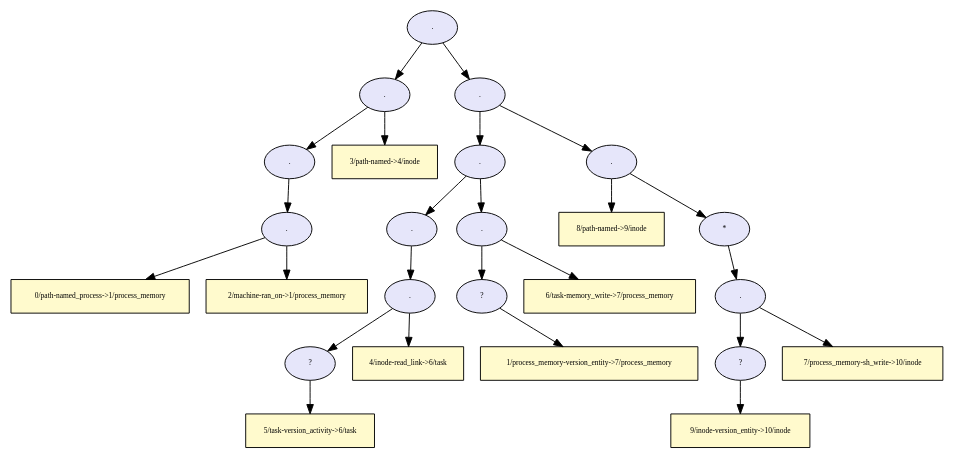
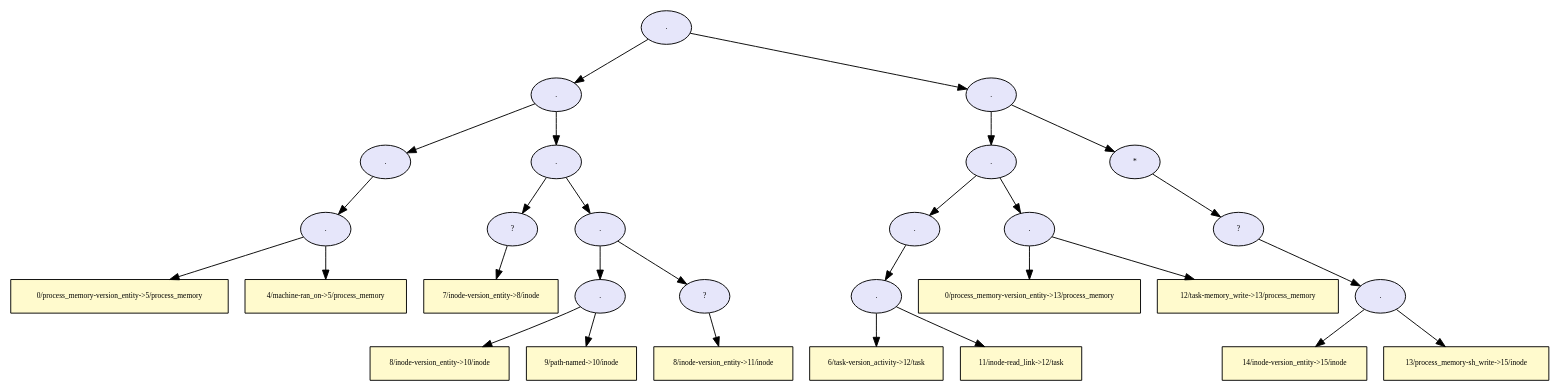
Before and after one commit to TinkerBellSystem/graph-matching: the diagram in dot/provenance_inode_readlink_tree.dot, drawn with Graphviz. The commit also changed 70 other files, not shown here.

```diff
--- a/dot/provenance_inode_readlink_tree.dot
+++ b/dot/provenance_inode_readlink_tree.dot
@@ -1,99 +1,115 @@
-digraph RGL__DirectedAdjacencyGraph {24[fontsize = 8,label = ".",shape = ellipse, fillcolor="#e6e6fa", style = filled]
+digraph RGL__DirectedAdjacencyGraph {31[fontsize = 8,label = ".",shape = ellipse, fillcolor="#e6e6fa", style = filled]
 
-24 -> 5[fontsize = 8, color="#000000"]
+31 -> 16[fontsize = 8, color="#000000"]
+
+16[fontsize = 8,label = ".",shape = ellipse, fillcolor="#e6e6fa", style = filled]
+
+16 -> 6[fontsize = 8, color="#000000"]
+
+6[fontsize = 8,label = ".",shape = ellipse, fillcolor="#e6e6fa", style = filled]
+
+6 -> 5[fontsize = 8, color="#000000"]
 
 5[fontsize = 8,label = ".",shape = ellipse, fillcolor="#e6e6fa", style = filled]
 
 5 -> 3[fontsize = 8, color="#000000"]
 
-3[fontsize = 8,label = ".",shape = ellipse, fillcolor="#e6e6fa", style = filled]
-
-3 -> 2[fontsize = 8, color="#000000"]
-
-2[fontsize = 8,label = ".",shape = ellipse, fillcolor="#e6e6fa", style = filled]
-
-2 -> 0[fontsize = 8, color="#000000"]
-
-0[fontsize = 8,label = "0/path-named_process->1/process_memory",shape = rectangle, fillcolor="#fffacd", style = filled]
-
-2 -> 1[fontsize = 8, color="#000000"]
-
-1[fontsize = 8,label = "2/machine-ran_on->1/process_memory",shape = rectangle, fillcolor="#fffacd", style = filled]
+3[fontsize = 8,label = "0/process_memory-version_entity->5/process_memory",shape = rectangle, fillcolor="#fffacd", style = filled]
 
 5 -> 4[fontsize = 8, color="#000000"]
 
-4[fontsize = 8,label = "3/path-named->4/inode",shape = rectangle, fillcolor="#fffacd", style = filled]
+4[fontsize = 8,label = "4/machine-ran_on->5/process_memory",shape = rectangle, fillcolor="#fffacd", style = filled]
+
+16 -> 15[fontsize = 8, color="#000000"]
+
+15[fontsize = 8,label = ".",shape = ellipse, fillcolor="#e6e6fa", style = filled]
+
+15 -> 8[fontsize = 8, color="#000000"]
+
+8[fontsize = 8,label = "?",shape = ellipse, fillcolor="#e6e6fa", style = filled]
+
+8 -> 7[fontsize = 8, color="#000000"]
+
+7[fontsize = 8,label = "7/inode-version_entity->8/inode",shape = rectangle, fillcolor="#fffacd", style = filled]
+
+15 -> 14[fontsize = 8, color="#000000"]
+
+14[fontsize = 8,label = ".",shape = ellipse, fillcolor="#e6e6fa", style = filled]
+
+14 -> 11[fontsize = 8, color="#000000"]
+
+11[fontsize = 8,label = ".",shape = ellipse, fillcolor="#e6e6fa", style = filled]
+
+11 -> 9[fontsize = 8, color="#000000"]
+
+9[fontsize = 8,label = "8/inode-version_entity->10/inode",shape = rectangle, fillcolor="#fffacd", style = filled]
+
+11 -> 10[fontsize = 8, color="#000000"]
+
+10[fontsize = 8,label = "9/path-named->10/inode",shape = rectangle, fillcolor="#fffacd", style = filled]
+
+14 -> 13[fontsize = 8, color="#000000"]
+
+13[fontsize = 8,label = "?",shape = ellipse, fillcolor="#e6e6fa", style = filled]
+
+13 -> 12[fontsize = 8, color="#000000"]
+
+12[fontsize = 8,label = "8/inode-version_entity->11/inode",shape = rectangle, fillcolor="#fffacd", style = filled]
+
+31 -> 30[fontsize = 8, color="#000000"]
+
+30[fontsize = 8,label = ".",shape = ellipse, fillcolor="#e6e6fa", style = filled]
+
+30 -> 24[fontsize = 8, color="#000000"]
+
+24[fontsize = 8,label = ".",shape = ellipse, fillcolor="#e6e6fa", style = filled]
+
+24 -> 20[fontsize = 8, color="#000000"]
+
+20[fontsize = 8,label = ".",shape = ellipse, fillcolor="#e6e6fa", style = filled]
+
+20 -> 19[fontsize = 8, color="#000000"]
+
+19[fontsize = 8,label = ".",shape = ellipse, fillcolor="#e6e6fa", style = filled]
+
+19 -> 17[fontsize = 8, color="#000000"]
+
+17[fontsize = 8,label = "6/task-version_activity->12/task",shape = rectangle, fillcolor="#fffacd", style = filled]
+
+19 -> 18[fontsize = 8, color="#000000"]
+
+18[fontsize = 8,label = "11/inode-read_link->12/task",shape = rectangle, fillcolor="#fffacd", style = filled]
 
 24 -> 23[fontsize = 8, color="#000000"]
 
 23[fontsize = 8,label = ".",shape = ellipse, fillcolor="#e6e6fa", style = filled]
 
-23 -> 15[fontsize = 8, color="#000000"]
+23 -> 21[fontsize = 8, color="#000000"]
 
-15[fontsize = 8,label = ".",shape = ellipse, fillcolor="#e6e6fa", style = filled]
-
-15 -> 10[fontsize = 8, color="#000000"]
-
-10[fontsize = 8,label = ".",shape = ellipse, fillcolor="#e6e6fa", style = filled]
-
-10 -> 9[fontsize = 8, color="#000000"]
-
-9[fontsize = 8,label = ".",shape = ellipse, fillcolor="#e6e6fa", style = filled]
-
-9 -> 7[fontsize = 8, color="#000000"]
-
-7[fontsize = 8,label = "?",shape = ellipse, fillcolor="#e6e6fa", style = filled]
-
-7 -> 6[fontsize = 8, color="#000000"]
-
-6[fontsize = 8,label = "5/task-version_activity->6/task",shape = rectangle, fillcolor="#fffacd", style = filled]
-
-9 -> 8[fontsize = 8, color="#000000"]
-
-8[fontsize = 8,label = "4/inode-read_link->6/task",shape = rectangle, fillcolor="#fffacd", style = filled]
-
-15 -> 14[fontsize = 8, color="#000000"]
-
-14[fontsize = 8,label = ".",shape = ellipse, fillcolor="#e6e6fa", style = filled]
-
-14 -> 12[fontsize = 8, color="#000000"]
-
-12[fontsize = 8,label = "?",shape = ellipse, fillcolor="#e6e6fa", style = filled]
-
-12 -> 11[fontsize = 8, color="#000000"]
-
-11[fontsize = 8,label = "1/process_memory-version_entity->7/process_memory",shape = rectangle, fillcolor="#fffacd", style = filled]
-
-14 -> 13[fontsize = 8, color="#000000"]
-
-13[fontsize = 8,label = "6/task-memory_write->7/process_memory",shape = rectangle, fillcolor="#fffacd", style = filled]
+21[fontsize = 8,label = "0/process_memory-version_entity->13/process_memory",shape = rectangle, fillcolor="#fffacd", style = filled]
 
 23 -> 22[fontsize = 8, color="#000000"]
 
-22[fontsize = 8,label = ".",shape = ellipse, fillcolor="#e6e6fa", style = filled]
+22[fontsize = 8,label = "12/task-memory_write->13/process_memory",shape = rectangle, fillcolor="#fffacd", style = filled]
 
-22 -> 16[fontsize = 8, color="#000000"]
+30 -> 29[fontsize = 8, color="#000000"]
 
-16[fontsize = 8,label = "8/path-named->9/inode",shape = rectangle, fillcolor="#fffacd", style = filled]
+29[fontsize = 8,label = "*",shape = ellipse, fillcolor="#e6e6fa", style = filled]
 
-22 -> 21[fontsize = 8, color="#000000"]
+29 -> 28[fontsize = 8, color="#000000"]
 
-21[fontsize = 8,label = "*",shape = ellipse, fillcolor="#e6e6fa", style = filled]
+28[fontsize = 8,label = "?",shape = ellipse, fillcolor="#e6e6fa", style = filled]
 
-21 -> 20[fontsize = 8, color="#000000"]
+28 -> 27[fontsize = 8, color="#000000"]
 
-20[fontsize = 8,label = ".",shape = ellipse, fillcolor="#e6e6fa", style = filled]
+27[fontsize = 8,label = ".",shape = ellipse, fillcolor="#e6e6fa", style = filled]
 
-20 -> 18[fontsize = 8, color="#000000"]
+27 -> 25[fontsize = 8, color="#000000"]
 
-18[fontsize = 8,label = "?",shape = ellipse, fillcolor="#e6e6fa", style = filled]
+25[fontsize = 8,label = "14/inode-version_entity->15/inode",shape = rectangle, fillcolor="#fffacd", style = filled]
 
-18 -> 17[fontsize = 8, color="#000000"]
+27 -> 26[fontsize = 8, color="#000000"]
 
-17[fontsize = 8,label = "9/inode-version_entity->10/inode",shape = rectangle, fillcolor="#fffacd", style = filled]
-
-20 -> 19[fontsize = 8, color="#000000"]
-
-19[fontsize = 8,label = "7/process_memory-sh_write->10/inode",shape = rectangle, fillcolor="#fffacd", style = filled]
+26[fontsize = 8,label = "13/process_memory-sh_write->15/inode",shape = rectangle, fillcolor="#fffacd", style = filled]
 
 }
```
